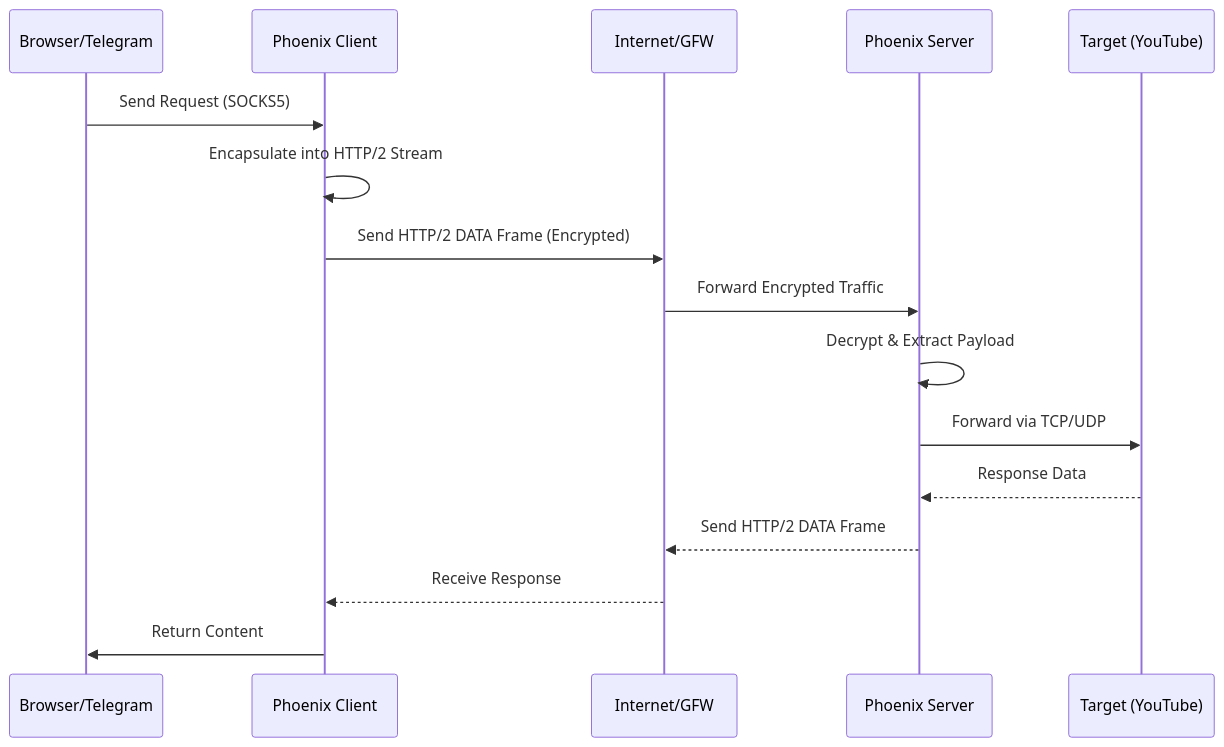
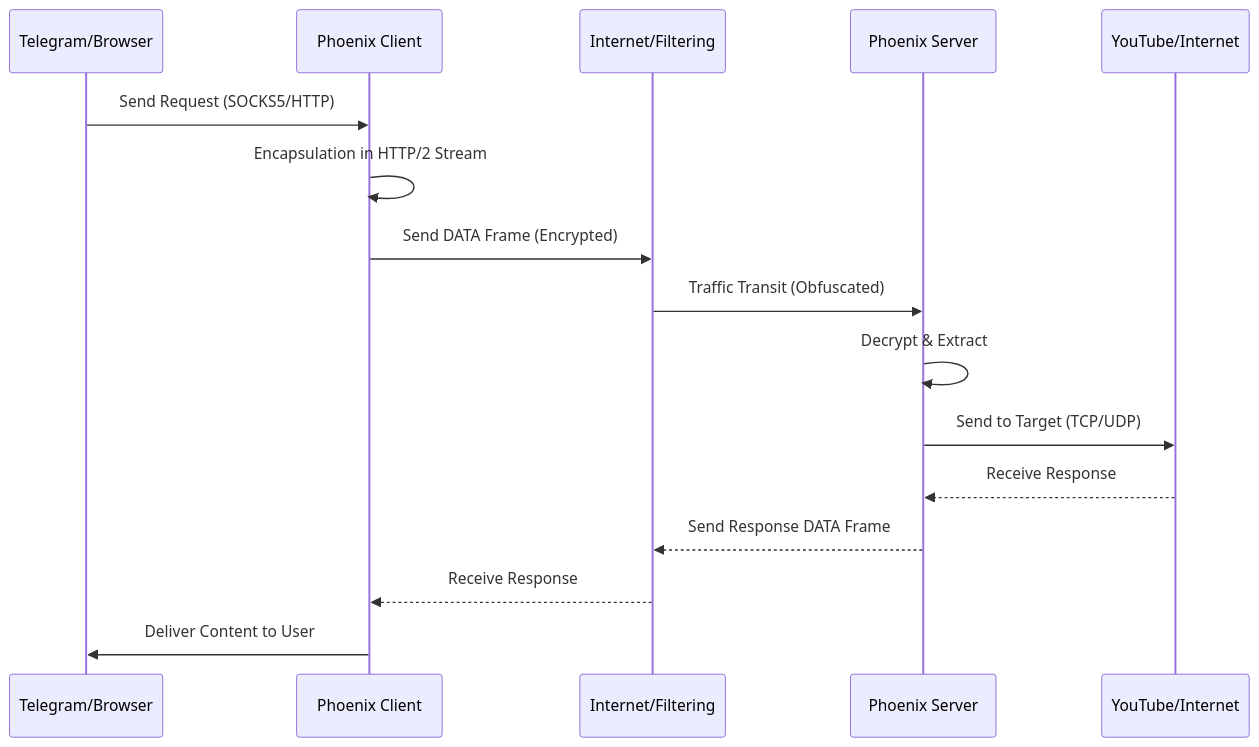
Before and after one commit to Fox-Fig/phoenix: the diagram in docs/guide/architecture.md, drawn with Mermaid. The commit also changed other lines of this file and 19 other files, not shown here.

````diff
--- a/docs/guide/architecture.md
+++ b/docs/guide/architecture.md
@@ -51,19 +11,19 @@
 ```mermaid
 sequenceDiagram
-    participant UserApp as Browser/Telegram
+    participant UserApp as Telegram/Browser
     participant Client as Phoenix Client
-    participant Internet as Internet/GFW
+    participant Internet as Internet/Filtering
     participant Server as Phoenix Server
-    participant Target as Target (YouTube)
+    participant Target as YouTube/Internet
 
-    UserApp->>Client: Send Request (SOCKS5)
-    Client->>Client: Encapsulate into HTTP/2 Stream
-    Client->>Internet: Send HTTP/2 DATA Frame (Encrypted)
-    Internet->>Server: Forward Encrypted Traffic
-    Server->>Server: Decrypt & Extract Payload
-    Server->>Target: Forward via TCP/UDP
-    Target-->>Server: Response Data
-    Server-->>Internet: Send HTTP/2 DATA Frame
+    UserApp->>Client: Send Request (SOCKS5/HTTP)
+    Client->>Client: Encapsulation in HTTP/2 Stream
+    Client->>Internet: Send DATA Frame (Encrypted)
+    Internet->>Server: Traffic Transit (Obfuscated)
+    Server->>Server: Decrypt & Extract
+    Server->>Target: Send to Target (TCP/UDP)
+    Target-->>Server: Receive Response
+    Server-->>Internet: Send Response DATA Frame
     Internet-->>Client: Receive Response
-    Client->>UserApp: Return Content
+    Client->>UserApp: Deliver Content to User
 ```
````
